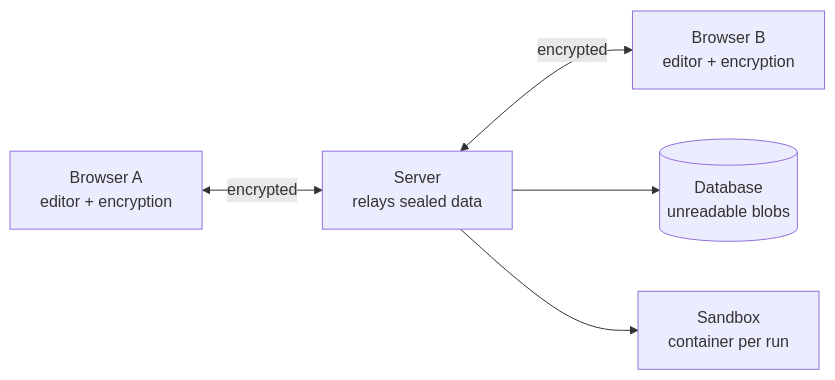
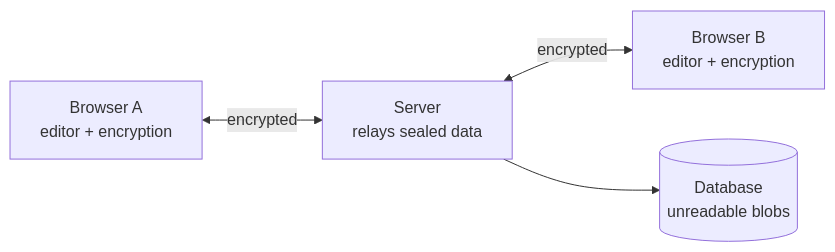
The diagram in README.md (karan21v/Enclave), drawn with Mermaid before and after one commit. The commit also changed other lines of this file and 4 other files, not shown here.

````diff
--- a/README.md
+++ b/README.md
@@ -28,13 +31,11 @@
 ```mermaid
 flowchart LR
     A["Browser A<br/>editor + encryption"]
     S["Server<br/>relays sealed data"]
     B["Browser B<br/>editor + encryption"]
     D[("Database<br/>unreadable blobs")]
-    X["Sandbox<br/>container per run"]
 
     A <-->|encrypted| S
     S <-->|encrypted| B
     S --> D
-    S --> X
 ```
````
